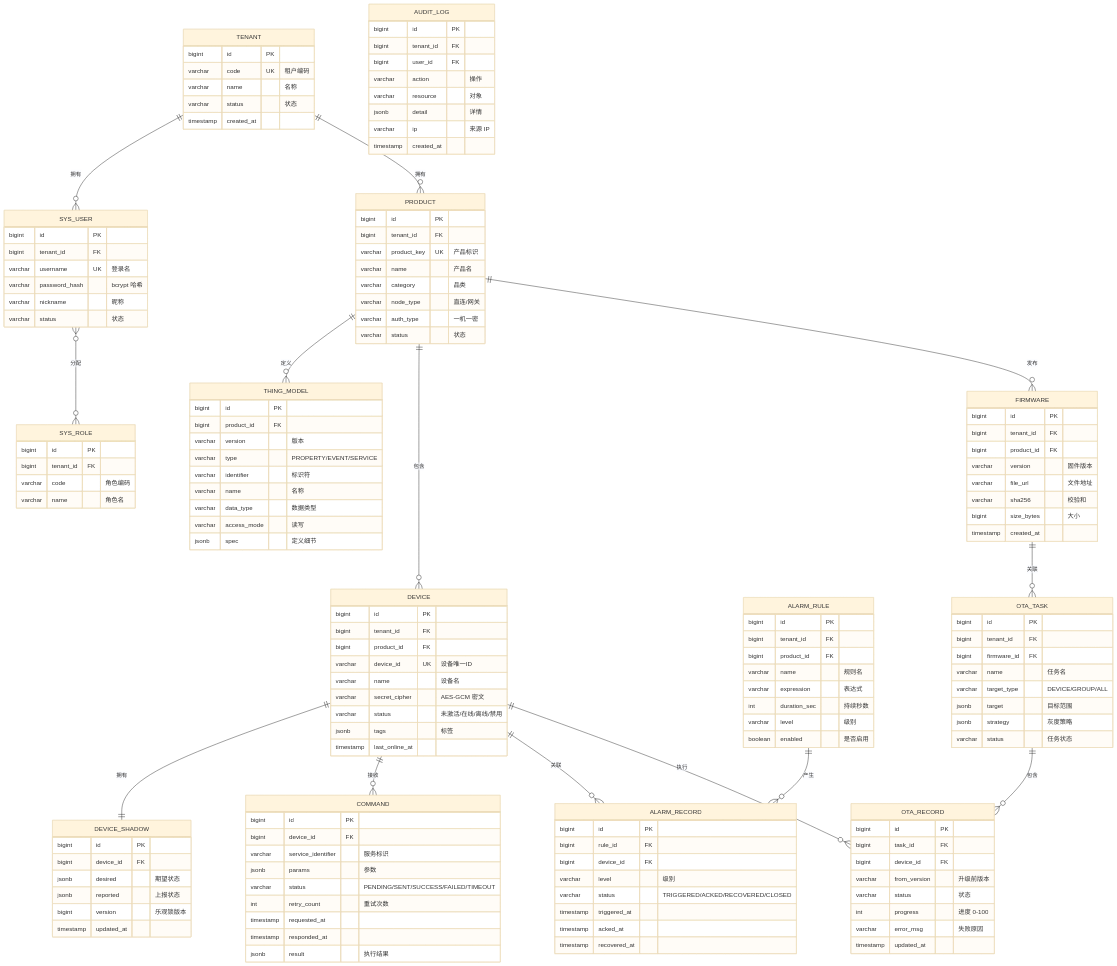
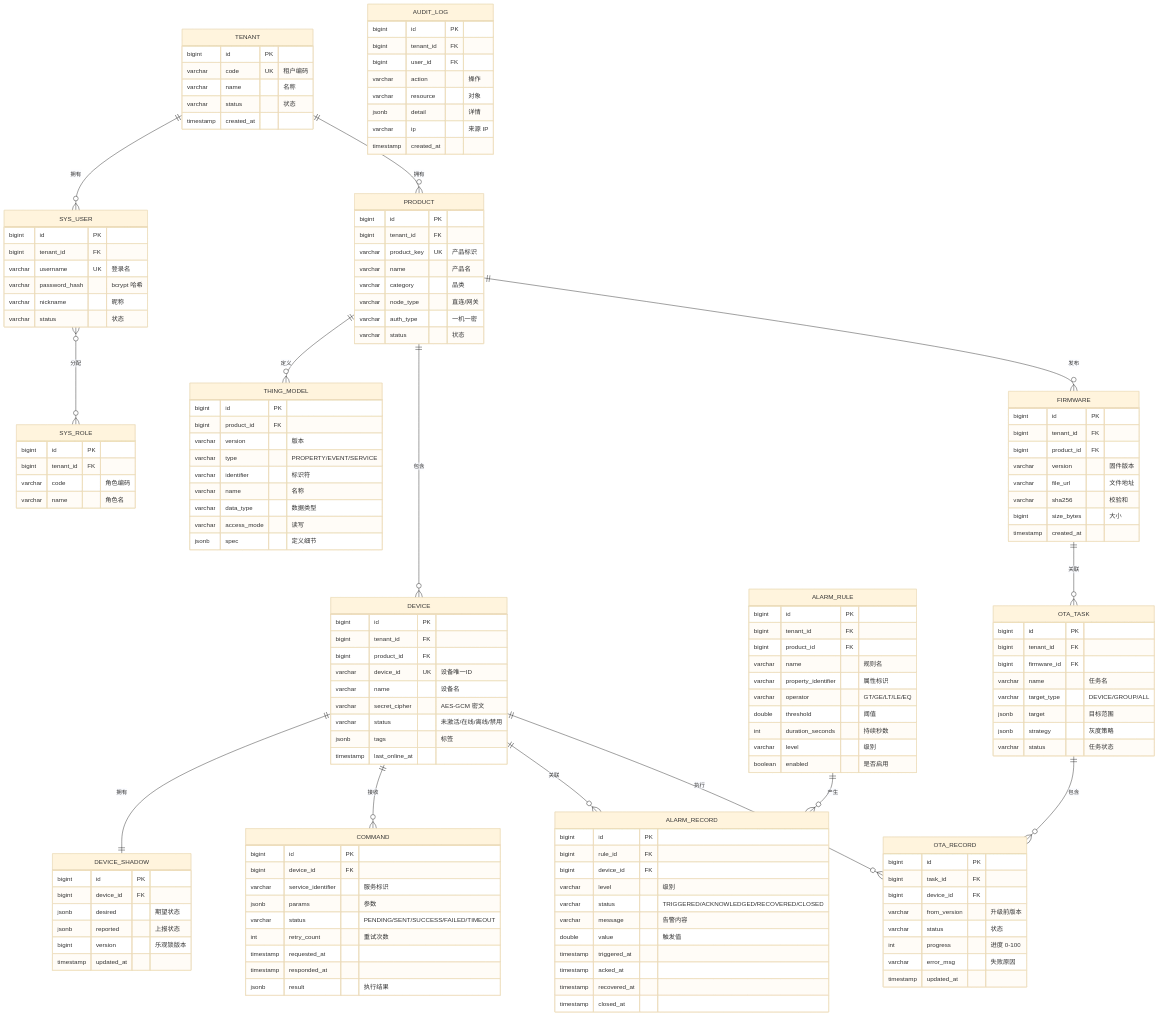
One commit to wuzhudexiaopacai/coherer changed diagram 13 of 15 in docs/design.md. Above: the diagram before and after it, drawn with Mermaid (base theme). The commit also changed other lines of this file and 34 other files, not shown here.

```diff
--- a/docs/design.md
+++ b/docs/design.md
@@ -459,8 +459,10 @@
         bigint tenant_id FK
         bigint product_id FK
         varchar name "规则名"
-        varchar expression "表达式"
-        int duration_sec "持续秒数"
+        varchar property_identifier "属性标识"
+        varchar operator "GT/GE/LT/LE/EQ"
+        double threshold "阈值"
+        int duration_seconds "持续秒数"
         varchar level "级别"
         boolean enabled "是否启用"
     }
@@ -469,10 +471,13 @@
         bigint rule_id FK
         bigint device_id FK
         varchar level "级别"
-        varchar status "TRIGGERED/ACKED/RECOVERED/CLOSED"
+        varchar status "TRIGGERED/ACKNOWLEDGED/RECOVERED/CLOSED"
+        varchar message "告警内容"
+        double value "触发值"
         timestamp triggered_at
         timestamp acked_at
         timestamp recovered_at
+        timestamp closed_at
     }
     FIRMWARE {
         bigint id PK
```
